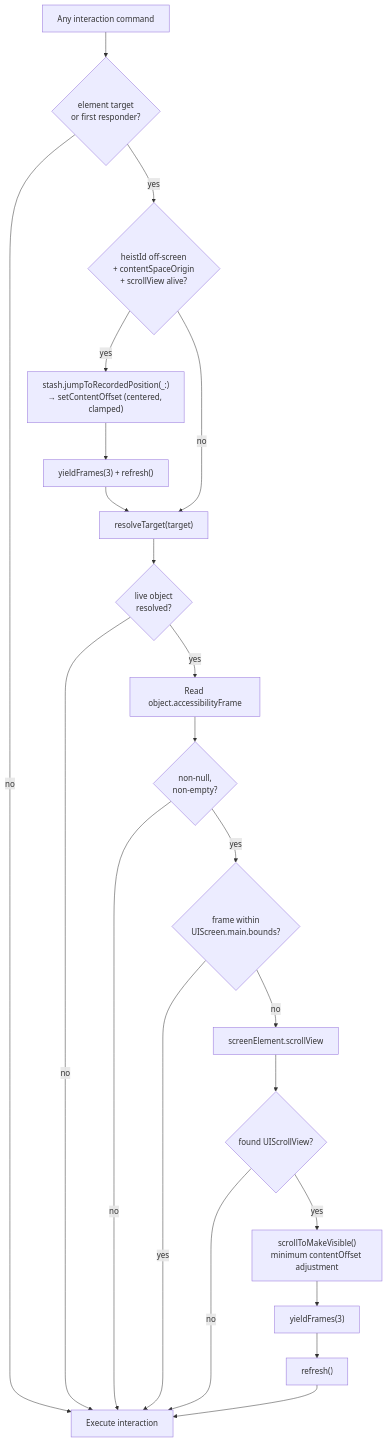
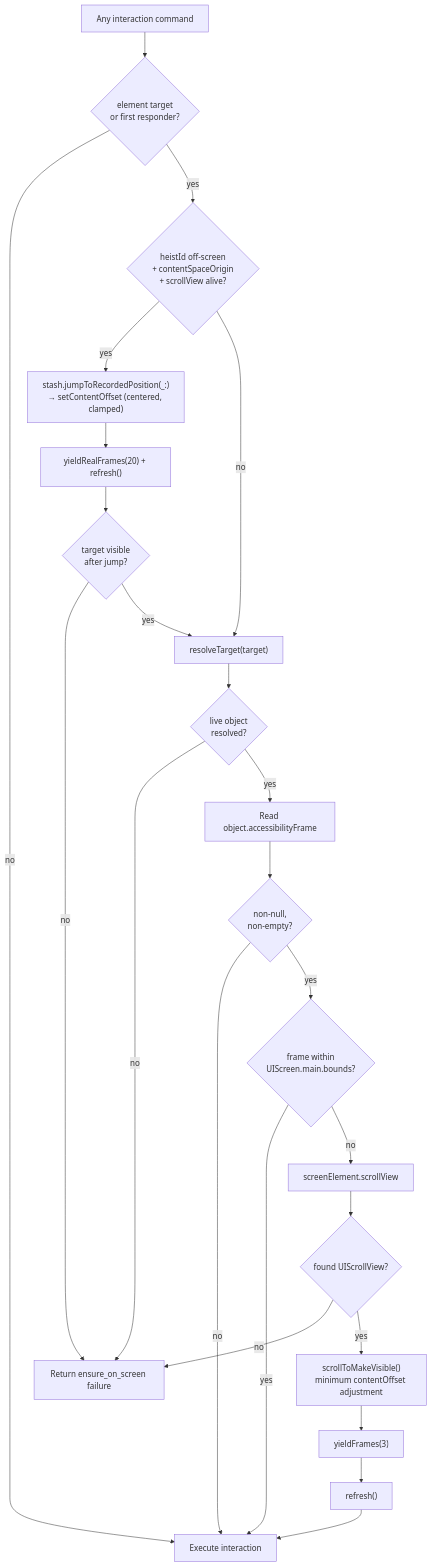
Before and after one commit to RoyalPineapple/TheButtonHeist: the first of 2 diagrams in docs/dossiers/14a-SCROLLING.md, drawn with Mermaid. The commit also changed other lines of this file and 1 other file, not shown here.

````diff
--- a/docs/dossiers/14a-SCROLLING.md
+++ b/docs/dossiers/14a-SCROLLING.md
@@ -79,28 +80,30 @@
 ```mermaid
 flowchart TD
     Cmd["Any interaction command"]
     Cmd --> HasTarget{element target<br/>or first responder?}
     HasTarget -->|no| Execute["Execute interaction"]
     HasTarget -->|yes| Coarse{"heistId off-screen<br/>+ contentSpaceOrigin<br/>+ scrollView alive?"}
 
     Coarse -->|yes| Jump["stash.jumpToRecordedPosition(_:)<br/>→ setContentOffset (centered, clamped)"]
-    Jump --> Settle1["yieldFrames(3) + refresh()"]
-    Settle1 --> Fine
+    Jump --> Settle1["yieldRealFrames(20) + refresh()"]
+    Settle1 --> LiveAfterJump{"target visible<br/>after jump?"}
+    LiveAfterJump -->|no| Fail["Return ensure_on_screen failure"]
+    LiveAfterJump -->|yes| Fine
 
     Coarse -->|no| Fine["resolveTarget(target)"]
     Fine --> Resolved{live object<br/>resolved?}
-    Resolved -->|no| Execute
+    Resolved -->|no| Fail
     Resolved -->|yes| Frame["Read object.accessibilityFrame"]
     Frame --> Valid{non-null,<br/>non-empty?}
     Valid -->|no| Execute
     Valid -->|yes| OnScreen{frame within<br/>UIScreen.main.bounds?}
     OnScreen -->|yes| Execute
 
     OnScreen -->|no| Walk["screenElement.scrollView"]
     Walk --> ScrollView{found UIScrollView?}
-    ScrollView -->|no| Execute
+    ScrollView -->|no| Fail
     ScrollView -->|yes| Scroll["scrollToMakeVisible()<br/>minimum contentOffset adjustment"]
     Scroll --> Settle2["yieldFrames(3)"]
     Settle2 --> Refresh["refresh()"]
     Refresh --> Execute
 ```
````
